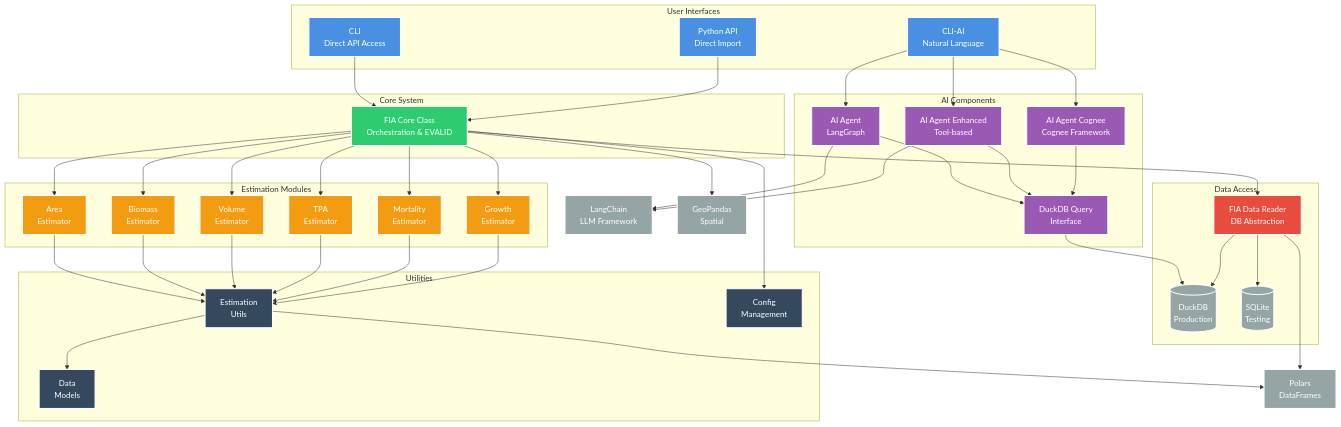
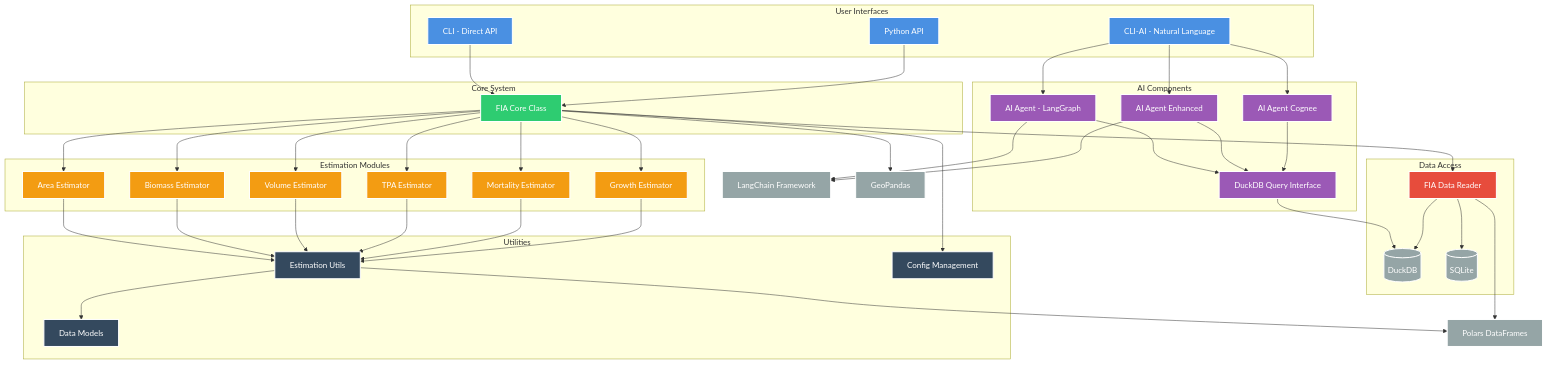
Before and after one commit to mihiarc/pyfia: the first of 2 diagrams in CLAUDE.md, drawn with Mermaid.

Commit message:
feat: enhance CLAUDE.md with architecture diagrams and improved documentation
- Add comprehensive Mermaid architecture diagrams with dark mode colors
- Include system architecture showing all components and relationships
- Add data flow sequence diagram
- Enhance development commands with more examples
- Add database connection patterns section
- Include common API patterns and usage examples
- Document standard estimator interface
- Add regular git commit requirement to development guidelines

```diff
--- a/CLAUDE.md
+++ b/CLAUDE.md
@@ -65,41 +65,41 @@
     classDef external fill:#95a5a6,stroke:#fff,stroke-width:2px,color:#fff
 
     %% User Interfaces
-    CLI[CLI<br/>Direct API Access]:::userInterface
-    CLIAI[CLI-AI<br/>Natural Language]:::userInterface
-    API[Python API<br/>Direct Import]:::userInterface
+    CLI["CLI - Direct API"]:::userInterface
+    CLIAI["CLI-AI - Natural Language"]:::userInterface
+    API["Python API"]:::userInterface
 
     %% Core Components
-    FIA[FIA Core Class<br/>Orchestration & EVALID]:::coreComponent
+    FIA["FIA Core Class"]:::coreComponent
     
     %% AI Components
-    AIAgent[AI Agent<br/>LangGraph]:::aiComponent
-    AIEnhanced[AI Agent Enhanced<br/>Tool-based]:::aiComponent
-    AICognee[AI Agent Cognee<br/>Cognee Framework]:::aiComponent
-    DuckDBInterface[DuckDB Query<br/>Interface]:::aiComponent
+    AIAgent["AI Agent - LangGraph"]:::aiComponent
+    AIEnhanced["AI Agent Enhanced"]:::aiComponent
+    AICognee["AI Agent Cognee"]:::aiComponent
+    DuckDBInterface["DuckDB Query Interface"]:::aiComponent
 
     %% Data Layer
-    DataReader[FIA Data Reader<br/>DB Abstraction]:::dataLayer
-    DuckDB[(DuckDB<br/>Production)]:::external
-    SQLite[(SQLite<br/>Testing)]:::external
+    DataReader["FIA Data Reader"]:::dataLayer
+    DuckDB[("DuckDB")]:::external
+    SQLite[("SQLite")]:::external
 
     %% Estimation Modules
-    Area[Area<br/>Estimator]:::estimator
-    Biomass[Biomass<br/>Estimator]:::estimator
-    Volume[Volume<br/>Estimator]:::estimator
-    TPA[TPA<br/>Estimator]:::estimator
-    Mortality[Mortality<br/>Estimator]:::estimator
-    Growth[Growth<br/>Estimator]:::estimator
+    Area["Area Estimator"]:::estimator
+    Biomass["Biomass Estimator"]:::estimator
+    Volume["Volume Estimator"]:::estimator
+    TPA["TPA Estimator"]:::estimator
+    Mortality["Mortality Estimator"]:::estimator
+    Growth["Growth Estimator"]:::estimator
 
     %% Utilities
-    EstUtils[Estimation<br/>Utils]:::utility
-    Config[Config<br/>Management]:::utility
-    Models[Data<br/>Models]:::utility
+    EstUtils["Estimation Utils"]:::utility
+    Config["Config Management"]:::utility
+    Models["Data Models"]:::utility
 
     %% External Dependencies
-    Polars[Polars<br/>DataFrames]:::external
-    LangChain[LangChain<br/>LLM Framework]:::external
-    GeoPandas[GeoPandas<br/>Spatial]:::external
+    Polars["Polars DataFrames"]:::external
+    LangChain["LangChain Framework"]:::external
+    GeoPandas["GeoPandas"]:::external
 
     %% Connections - User Layer
     CLI --> FIA
@@ -145,24 +145,24 @@
     FIA --> GeoPandas
 
     %% Add labels for clarity
-    subgraph "User Interfaces"
+    subgraph UI["User Interfaces"]
         CLI
         CLIAI
         API
     end
 
-    subgraph "AI Components"
+    subgraph AI["AI Components"]
         AIAgent
         AIEnhanced
         AICognee
         DuckDBInterface
     end
 
-    subgraph "Core System"
+    subgraph Core["Core System"]
         FIA
     end
 
-    subgraph "Estimation Modules"
+    subgraph Est["Estimation Modules"]
         Area
         Biomass
         Volume
@@ -171,13 +171,13 @@
         Growth
     end
 
-    subgraph "Data Access"
+    subgraph Data["Data Access"]
         DataReader
         DuckDB
         SQLite
     end
 
-    subgraph "Utilities"
+    subgraph Utils["Utilities"]
         EstUtils
         Config
         Models
```
